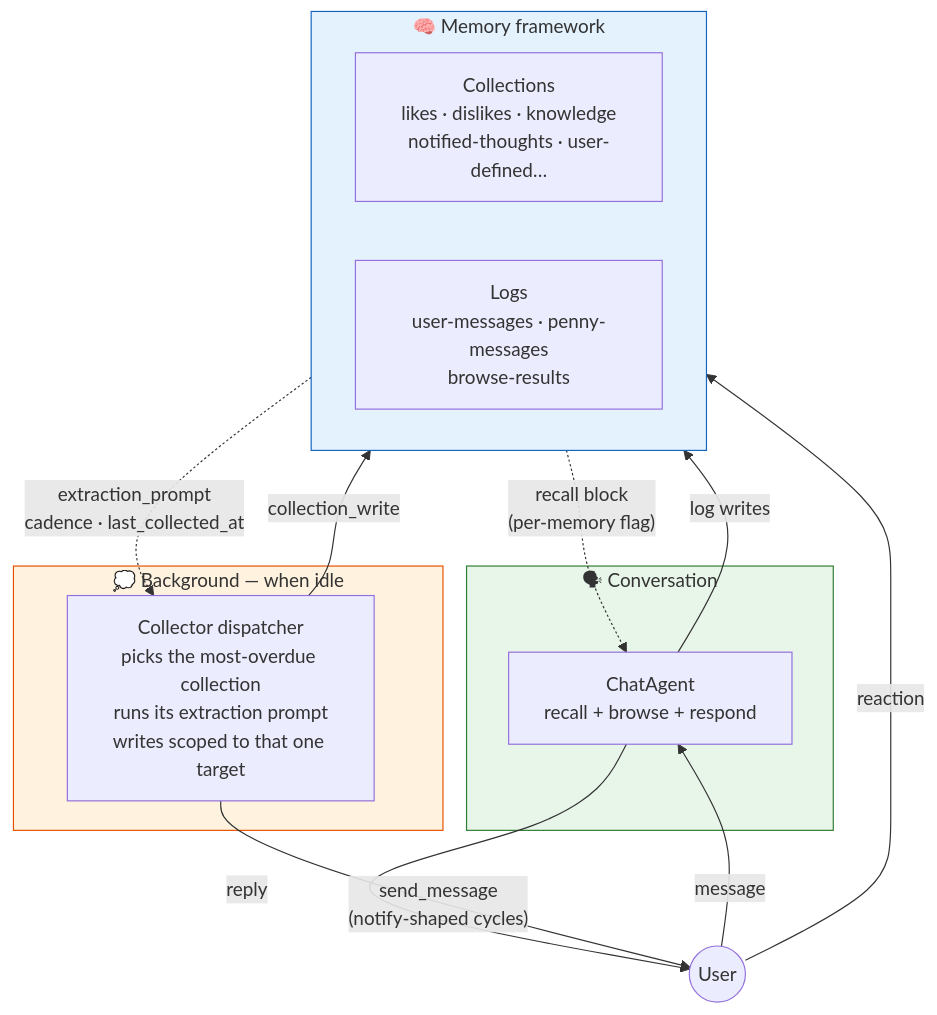
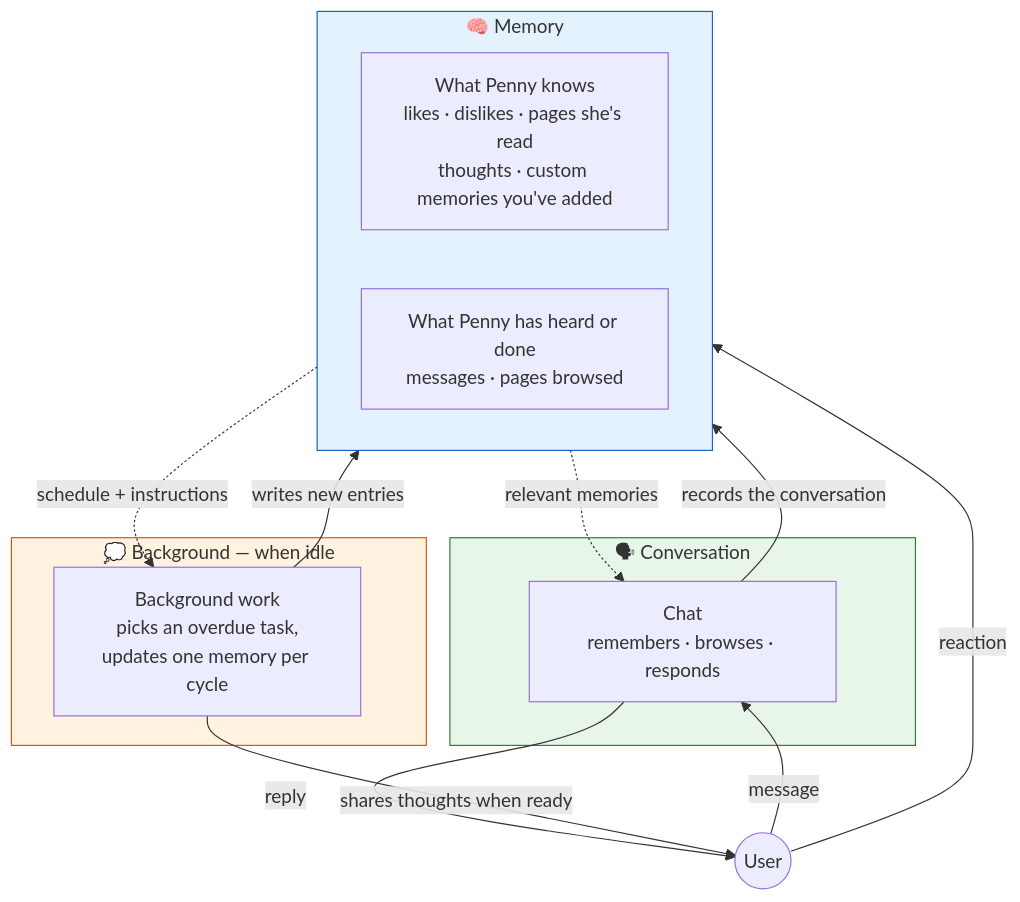
One commit to jaredlockhart/penny changed the diagram in README.md. Above: the diagram before and after it, drawn with Mermaid. The commit also changed other lines of this file, not shown here.

````diff
--- a/README.md
+++ b/README.md
@@ -91,30 +86,30 @@
 ```mermaid
 flowchart TB
     User((User)) -->|message| Chat
     User -->|reaction| MemoryFW
 
     subgraph Conversation["🗣 Conversation"]
-        Chat[ChatAgent<br>recall + browse + respond]
+        Chat[Chat<br>remembers · browses · responds]
     end
 
-    MemoryFW -.->|"recall block<br>(per-memory flag)"| Chat
+    MemoryFW -.->|"relevant memories"| Chat
     Chat -->|reply| User
-    Chat -->|"log writes"| MemoryFW
+    Chat -->|"records the conversation"| MemoryFW
 
-    subgraph MemoryFW["🧠 Memory framework"]
-        Collections["Collections<br>likes · dislikes · knowledge<br>notified-thoughts · user-defined…"]
-        Logs["Logs<br>user-messages · penny-messages<br>browse-results"]
+    subgraph MemoryFW["🧠 Memory"]
+        Collections["What Penny knows<br>likes · dislikes · pages she's read<br>thoughts · custom memories you've added"]
+        Logs["What Penny has heard or done<br>messages · pages browsed"]
     end
 
     subgraph Background["💭 Background — when idle"]
-        Coll["Collector dispatcher<br>picks the most-overdue collection<br>runs its extraction prompt<br>writes scoped to that one target"]
+        Coll["Background work<br>picks an overdue task,<br>updates one memory per cycle"]
     end
 
-    MemoryFW -.->|"extraction_prompt<br>cadence · last_collected_at"| Coll
-    Coll -->|"collection_write"| MemoryFW
-    Coll -->|"send_message<br>(notify-shaped cycles)"| User
+    MemoryFW -.->|"schedule + instructions"| Coll
+    Coll -->|"writes new entries"| MemoryFW
+    Coll -->|"shares thoughts when ready"| User
 
     style Conversation fill:#e8f5e9,stroke:#2e7d32
     style MemoryFW fill:#e3f2fd,stroke:#1565c0
     style Background fill:#fff3e0,stroke:#e65100
 ```
````
